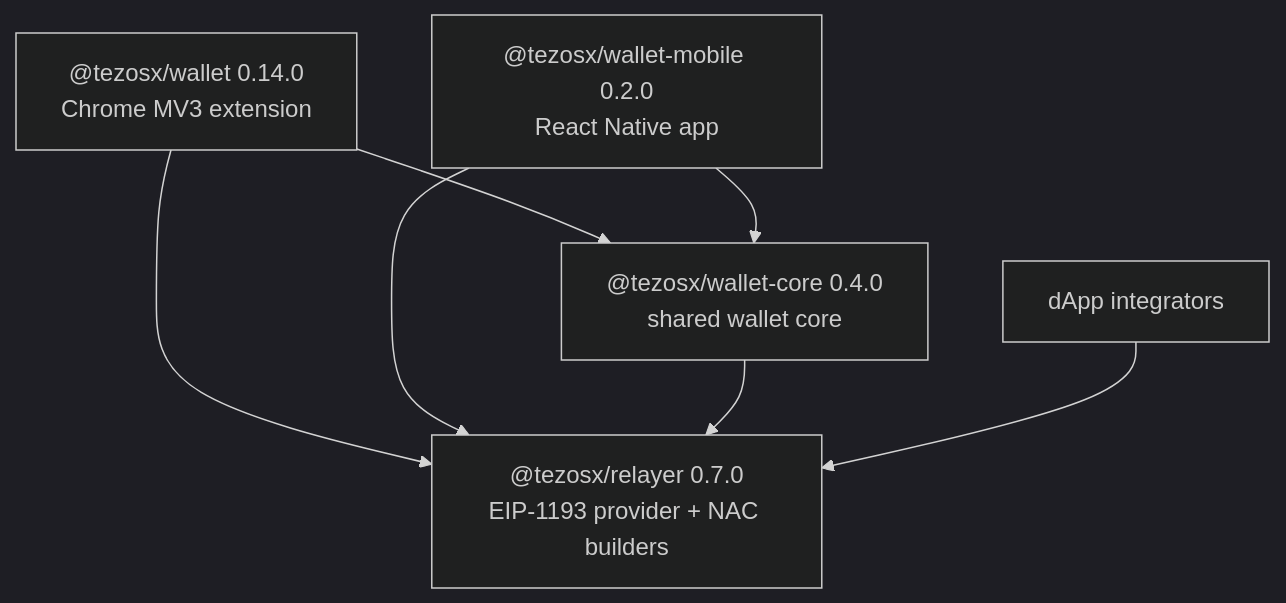
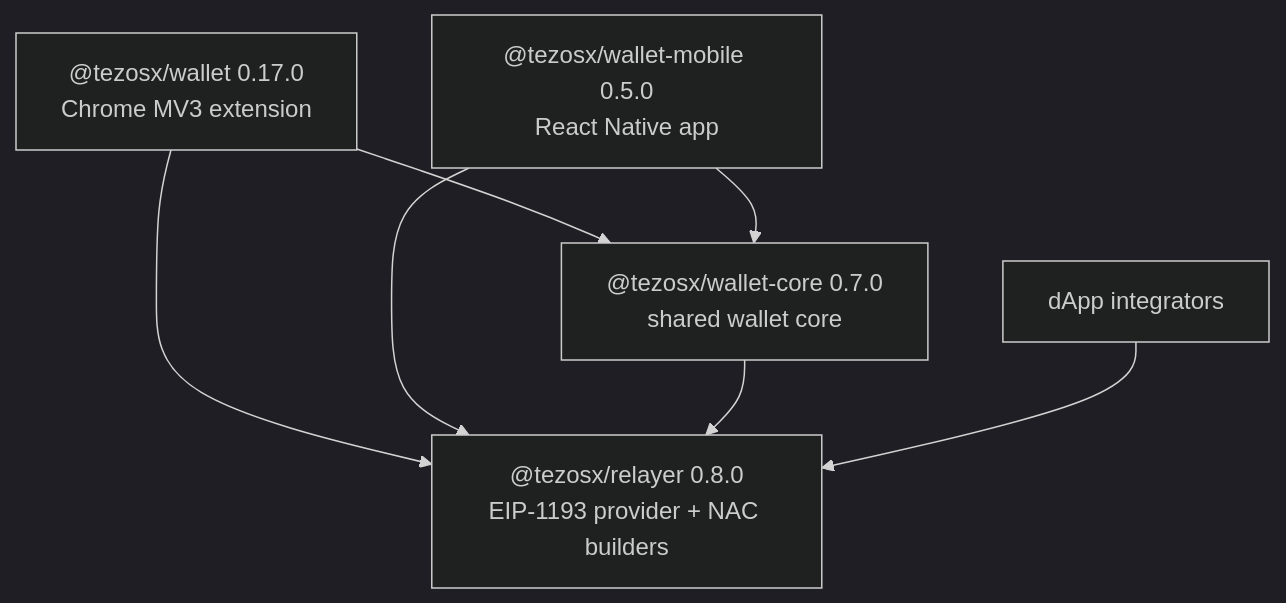
Before and after one commit to Rasalghulsslayer/tezos-x-wallet-mod: the diagram in website/wallet-docs/architecture/packages.md, drawn with Mermaid (dark theme). The commit also changed 6 other files, not shown here.

````diff
--- a/website/wallet-docs/architecture/packages.md
+++ b/website/wallet-docs/architecture/packages.md
@@ -11,15 +11,15 @@
 ```mermaid
 graph TD
-    W["@tezosx/wallet 0.14.0<br/>Chrome MV3 extension"]
-    M["@tezosx/wallet-mobile 0.2.0<br/>React Native app"]
-    C["@tezosx/wallet-core 0.4.0<br/>shared wallet core"]
-    R["@tezosx/relayer 0.7.0<br/>EIP-1193 provider + NAC builders"]
+    W["@tezosx/wallet 0.17.0<br/>Chrome MV3 extension"]
+    M["@tezosx/wallet-mobile 0.5.0<br/>React Native app"]
+    C["@tezosx/wallet-core 0.7.0<br/>shared wallet core"]
+    R["@tezosx/relayer 0.8.0<br/>EIP-1193 provider + NAC builders"]
     D["dApp integrators"]
 
     W --> C
     M --> C
     W --> R
     M --> R
     C --> R
     D --> R
 ```
````
